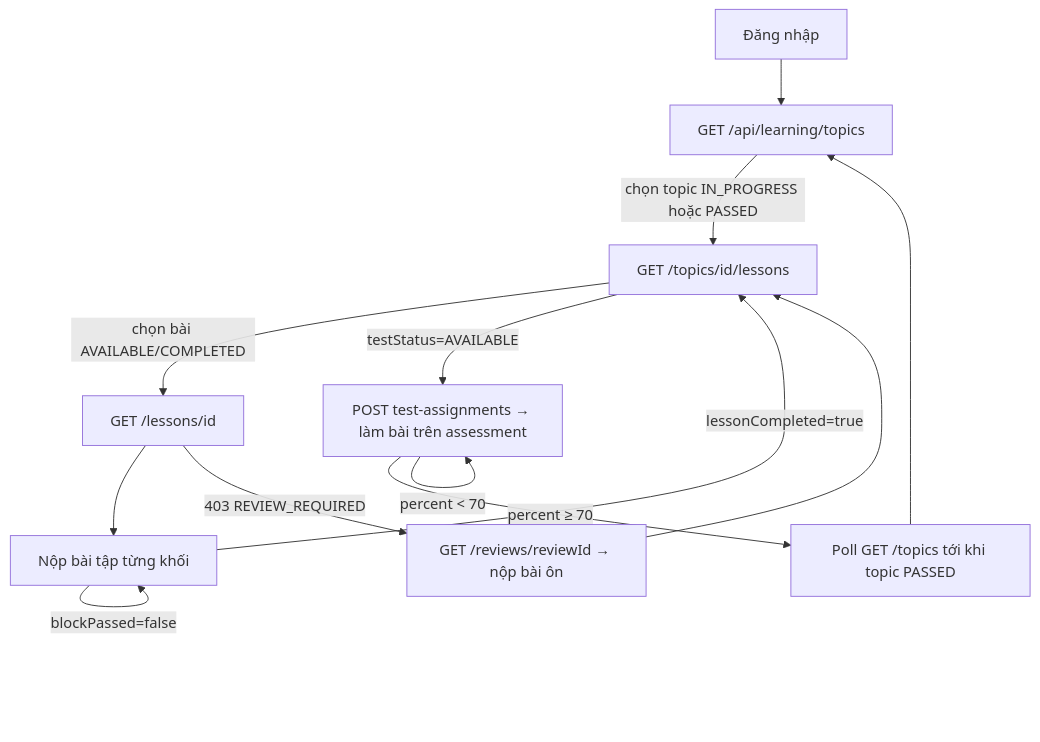
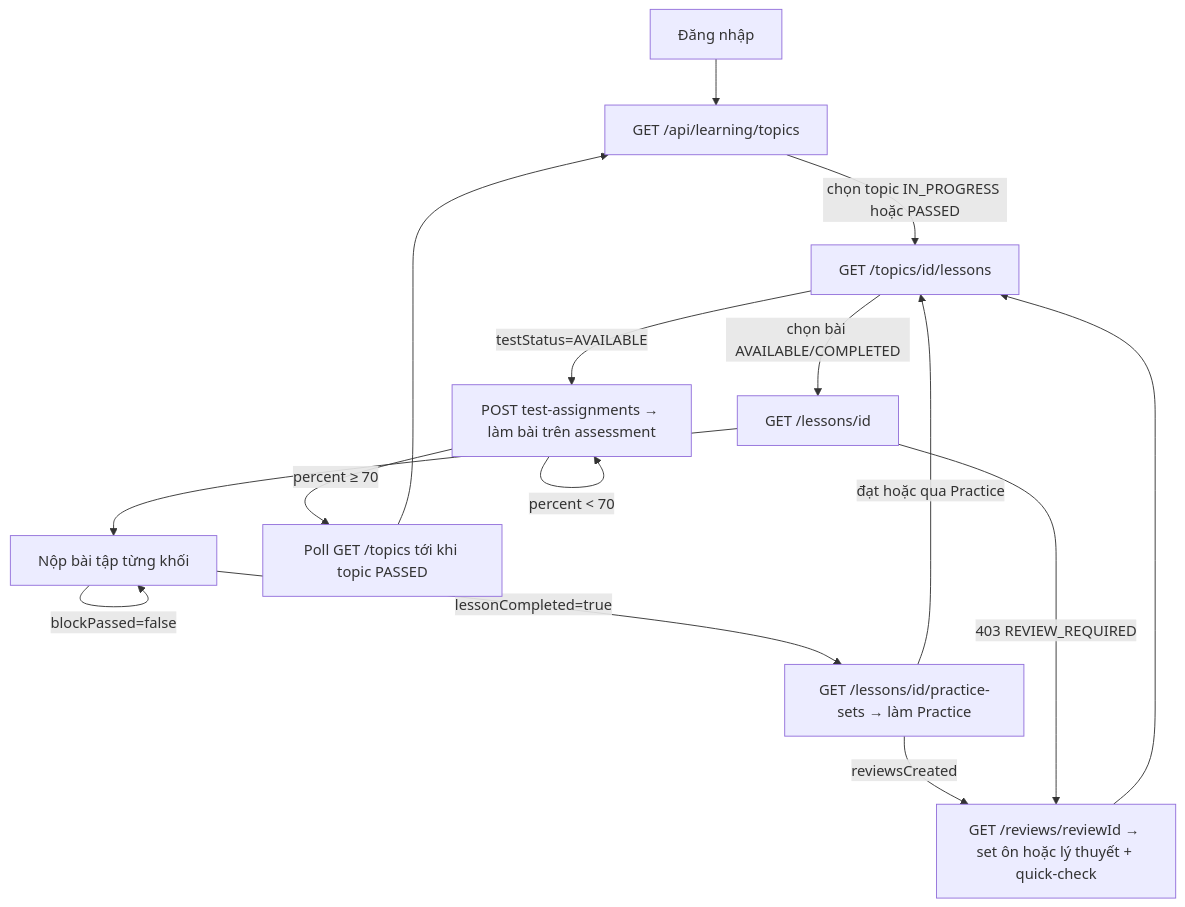
One commit to IeltsPath-Platform/backend changed the diagram in docs/fe-main-flow-guide.md. Above: the diagram before and after it, drawn with Mermaid. The commit also changed other lines of this file and 2 other files, not shown here.

Commit message:
docs: describe skill tracks, lesson practice and the review ladder

````diff
--- a/docs/fe-main-flow-guide.md
+++ b/docs/fe-main-flow-guide.md
@@ -38,15 +39,17 @@
 ```mermaid
 flowchart TD
     A[Đăng nhập] --> B[GET /api/learning/topics]
     B -->|chọn topic IN_PROGRESS hoặc PASSED| C[GET /topics/id/lessons]
     C -->|chọn bài AVAILABLE/COMPLETED| D[GET /lessons/id]
     D --> E[Nộp bài tập từng khối]
     E -->|blockPassed=false| E
-    E -->|lessonCompleted=true| C
-    D -->|403 REVIEW_REQUIRED| R[GET /reviews/reviewId → nộp bài ôn]
+    E -->|lessonCompleted=true| PR[GET /lessons/id/practice-sets → làm Practice]
+    PR -->|đạt hoặc qua Practice| C
+    PR -->|reviewsCreated| R
+    D -->|403 REVIEW_REQUIRED| R[GET /reviews/reviewId → set ôn hoặc lý thuyết + quick-check]
     R --> C
     C -->|testStatus=AVAILABLE| T[POST test-assignments → làm bài trên assessment]
     T -->|percent ≥ 70| P[Poll GET /topics tới khi topic PASSED]
     T -->|percent < 70| T
     P --> B
 ```
````
